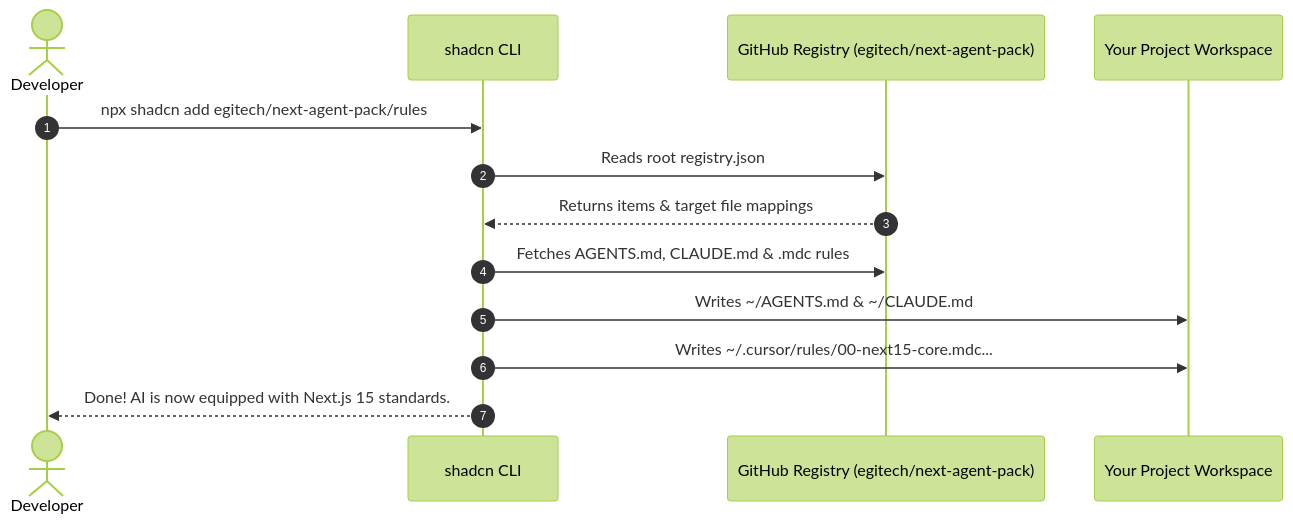
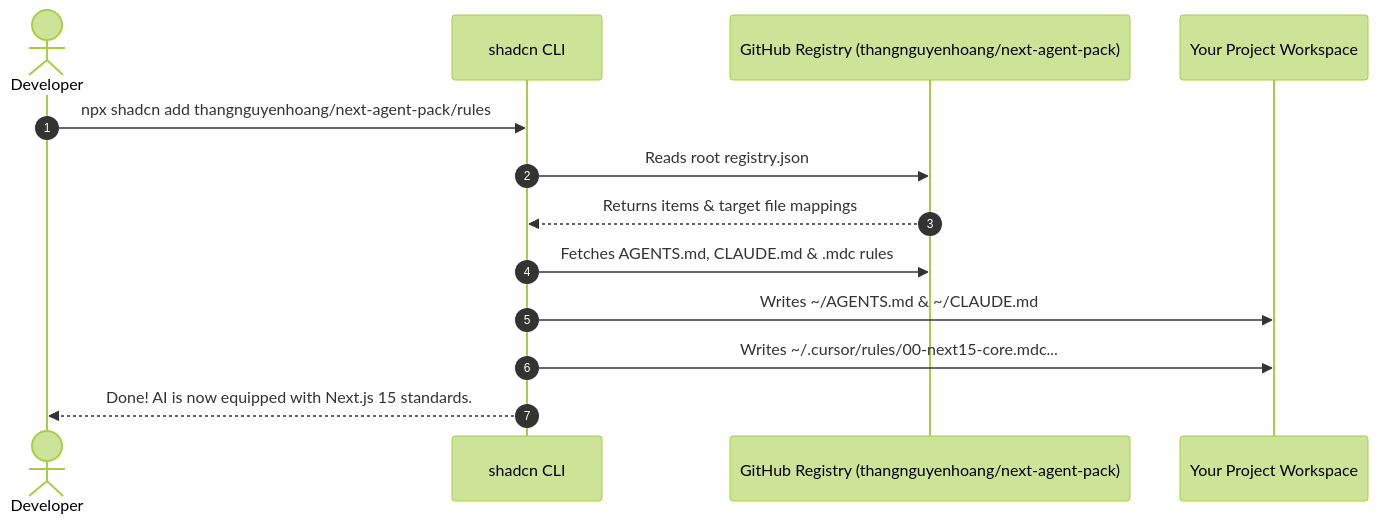
The diagram in README.md (Leonguyen123/next-agent-pack), drawn with Mermaid (forest theme) before and after one commit. The commit also changed other lines of this file and 2 other files, not shown here.

Commit message:
chore: update GitHub username to thangnguyenhoang

````diff
--- a/README.md
+++ b/README.md
@@ -76,16 +76,16 @@
 ```mermaid
 sequenceDiagram
     autonumber
     actor Dev as Developer
     participant CLI as shadcn CLI
-    participant GH as GitHub Registry (egitech/next-agent-pack)
+    participant GH as GitHub Registry (thangnguyenhoang/next-agent-pack)
     participant Workspace as Your Project Workspace
 
-    Dev->>CLI: npx shadcn add egitech/next-agent-pack/rules
+    Dev->>CLI: npx shadcn add thangnguyenhoang/next-agent-pack/rules
     CLI->>GH: Reads root registry.json
     GH-->>CLI: Returns items & target file mappings
     CLI->>GH: Fetches AGENTS.md, CLAUDE.md & .mdc rules
     CLI->>Workspace: Writes ~/AGENTS.md & ~/CLAUDE.md
     CLI->>Workspace: Writes ~/.cursor/rules/00-next15-core.mdc...
     CLI-->>Dev: Done! AI is now equipped with Next.js 15 standards.
 ```
````
